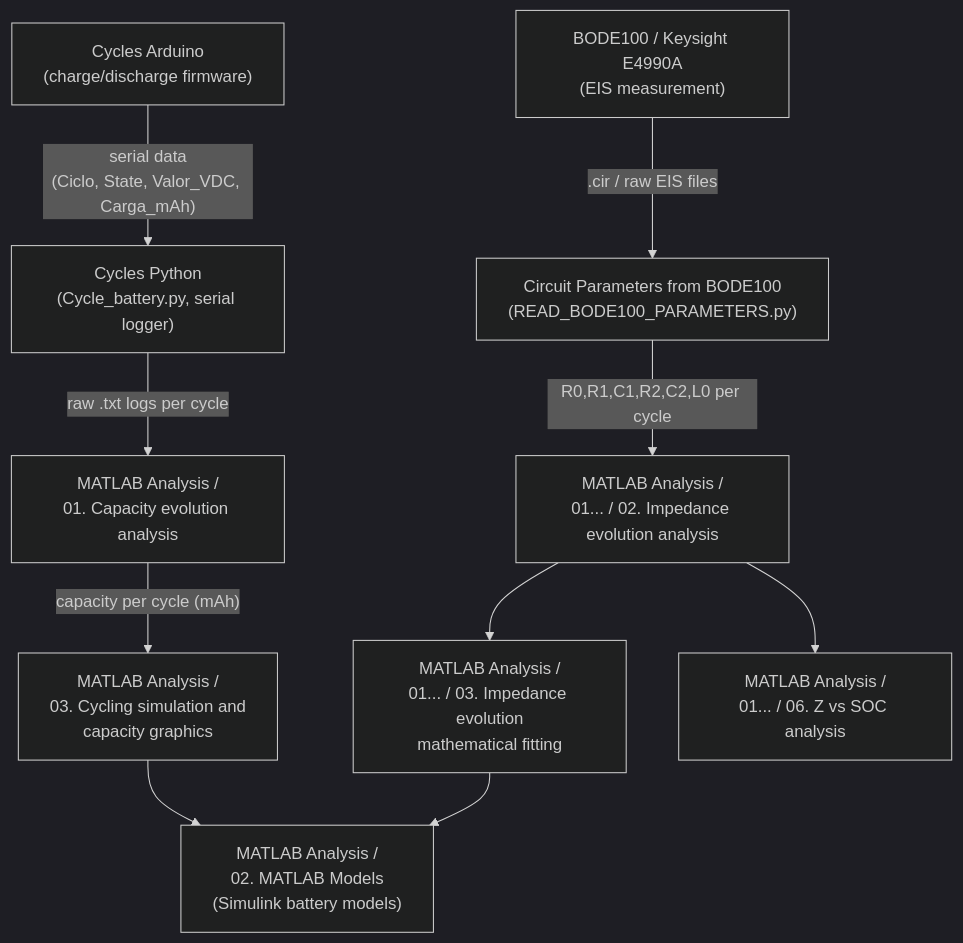
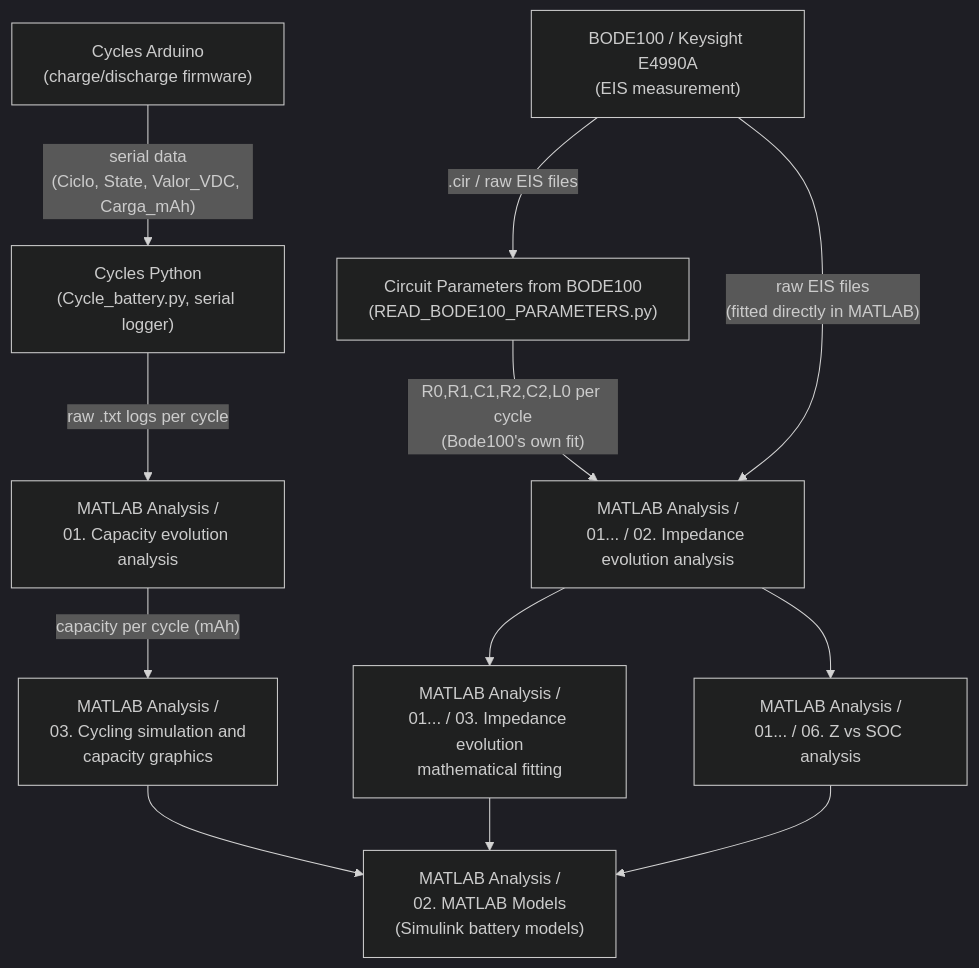
The diagram in README.md (beagarciat1/Codes-TFG-Battery-Degradation-Analysis-), drawn with Mermaid (dark theme) before and after one commit. The commit also changed other lines of this file, not shown here.

Commit message:
Update pipeline diagram: dual EIS fit source and MATLAB Models convergence

````diff
--- a/README.md
+++ b/README.md
@@ -12,14 +12,16 @@
 ```mermaid
 flowchart TD
     A["Cycles Arduino<br/>(charge/discharge firmware)"] -->|"serial data\n(Ciclo, State, Valor_VDC, Carga_mAh)"| B["Cycles Python<br/>(Cycle_battery.py, serial logger)"]
     B -->|"raw .txt logs per cycle"| C["MATLAB Analysis /\n01. Capacity evolution analysis"]
     C -->|"capacity per cycle (mAh)"| D["MATLAB Analysis /\n03. Cycling simulation and\ncapacity graphics"]
 
     E["BODE100 / Keysight E4990A\n(EIS measurement)"] -->|".cir / raw EIS files"| F["Circuit Parameters from BODE100\n(READ_BODE100_PARAMETERS.py)"]
-    F -->|"R0,R1,C1,R2,C2,L0 per cycle"| G["MATLAB Analysis /\n01... / 02. Impedance evolution analysis"]
+    F -->|"R0,R1,C1,R2,C2,L0 per cycle\n(Bode100's own fit)"| G["MATLAB Analysis /\n01... / 02. Impedance evolution analysis"]
+    E -->|"raw EIS files\n(fitted directly in MATLAB)"| G
     G --> H["MATLAB Analysis /\n01... / 03. Impedance evolution\nmathematical fitting"]
     G --> I["MATLAB Analysis /\n01... / 06. Z vs SOC analysis"]
 
     D --> J["MATLAB Analysis /\n02. MATLAB Models\n(Simulink battery models)"]
     H --> J
+    I --> J
 ```
````
